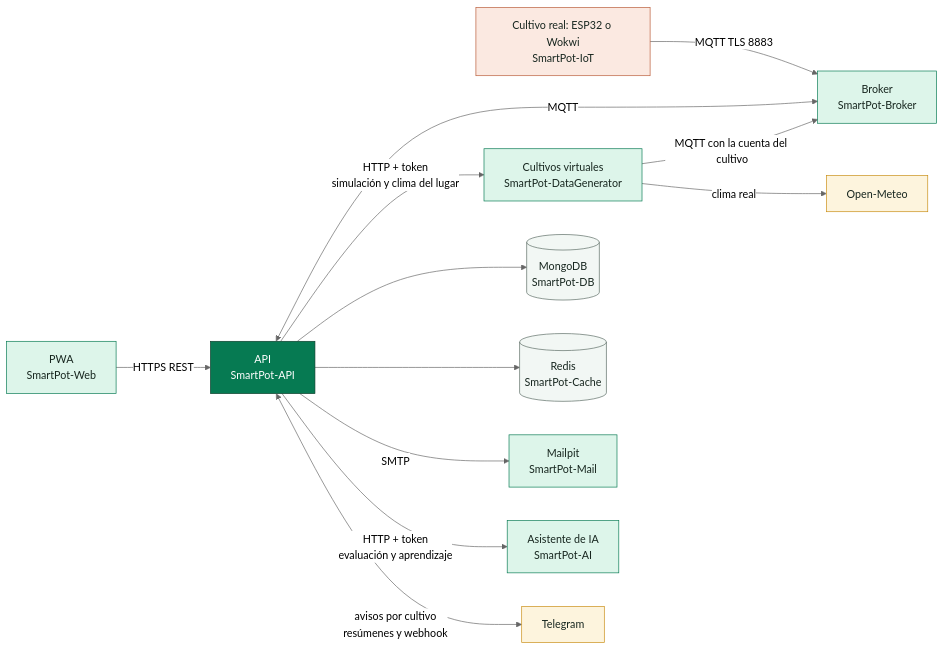
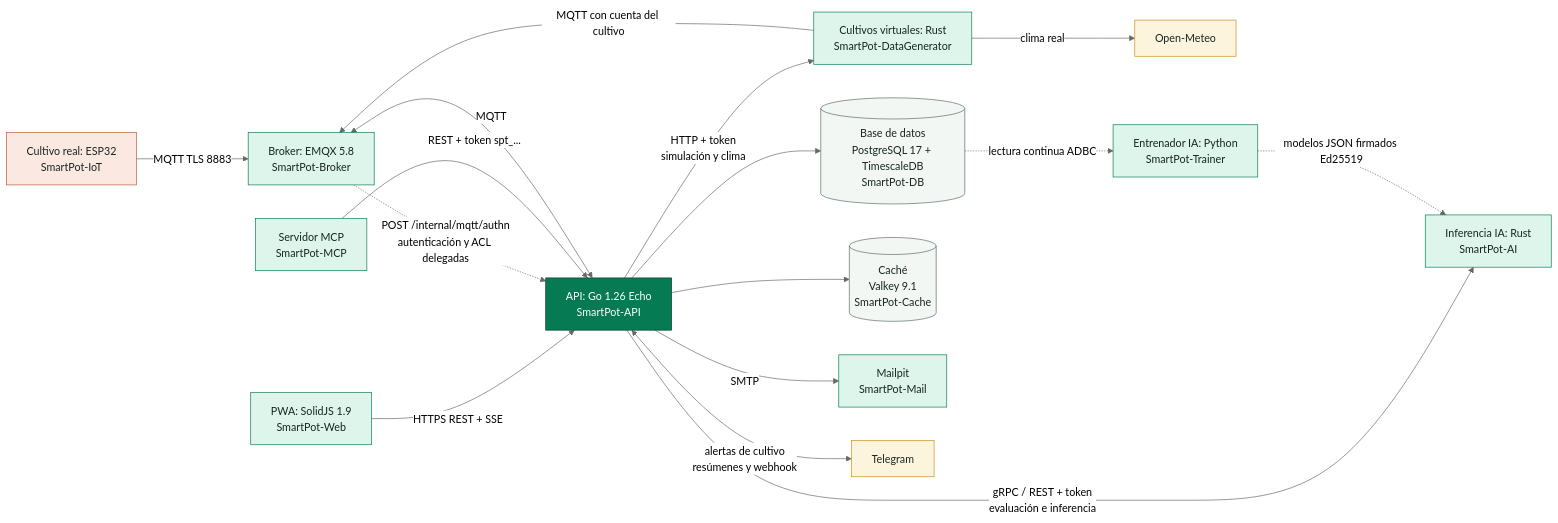
One commit to SmartPotTech/.github changed the second of 2 diagrams in README.md. Above: the diagram before and after it, drawn with Mermaid (neutral theme). The commit also changed other lines of this file and 21 other files, not shown here.

Commit message:
Update platform documentation and architecture diagrams for production Stack B [skip deploy] #no-deploy

````diff
--- a/README.md
+++ b/README.md
@@ -140,24 +162,29 @@
 ```mermaid
 flowchart LR
-  M[Cultivo real: ESP32 o Wokwi<br>SmartPot-IoT] -->|MQTT TLS 8883| B[Broker<br>SmartPot-Broker]
-  S[Cultivos virtuales<br>SmartPot-DataGenerator] -->|MQTT con la cuenta del cultivo| B
+  M[Cultivo real: ESP32<br>SmartPot-IoT] -->|MQTT TLS 8883| B[Broker: EMQX 5.8<br>SmartPot-Broker]
+  S[Cultivos virtuales: Rust<br>SmartPot-DataGenerator] -->|MQTT con cuenta del cultivo| B
   S -->|clima real| O[Open-Meteo]
-  U[PWA<br>SmartPot-Web] -->|HTTPS REST| A[API<br>SmartPot-API]
+  U[PWA: SolidJS 1.9<br>SmartPot-Web] -->|HTTPS REST + SSE| A[API: Go 1.26 Echo<br>SmartPot-API]
   A <-->|MQTT| B
-  A -->|HTTP + token<br>simulación y clima del lugar| S
-  A --> D[(MongoDB<br>SmartPot-DB)]
-  A --> C[(Redis<br>SmartPot-Cache)]
+  B -.->|POST /internal/mqtt/authn<br>autenticación y ACL delegadas| A
+  A -->|HTTP + token<br>simulación y clima| S
+  A --> D[(Base de datos<br>PostgreSQL 17 + TimescaleDB<br>SmartPot-DB)]
+  A --> C[(Caché<br>Valkey 9.1<br>SmartPot-Cache)]
   A -->|SMTP| E[Mailpit<br>SmartPot-Mail]
-  A -->|HTTP + token<br>evaluación y aprendizaje| I[Asistente de IA<br>SmartPot-AI]
-  A <-->|avisos por cultivo<br>resúmenes y webhook| T[Telegram]
+  A -->|gRPC / REST + token<br>evaluación e inferencia| I[Inferencia IA: Rust<br>SmartPot-AI]
+  D -.->|lectura continua ADBC| R[Entrenador IA: Python<br>SmartPot-Trainer]
+  R -.->|modelos JSON firmados Ed25519| I
+  P[Servidor MCP<br>SmartPot-MCP] -->|REST + token spt_...| A
+  A <-->|alertas de cultivo<br>resúmenes y webhook| T[Telegram]
+
   classDef platform fill:#DDF5EA,stroke:#067A52,color:#17261F
   classDef device fill:#FBE9E1,stroke:#B85A38,color:#17261F
   classDef store fill:#F2F7F4,stroke:#5B6B63,color:#17261F
   classDef external fill:#FDF4DD,stroke:#C98D12,color:#17261F
   classDef core fill:#067A52,stroke:#0B3D2B,color:#FFFFFF
   class A core
-  class B,U,I,E,S platform
+  class B,U,I,R,P,E,S platform
   class M device
   class D,C store
   class O,T external
 ```
````
